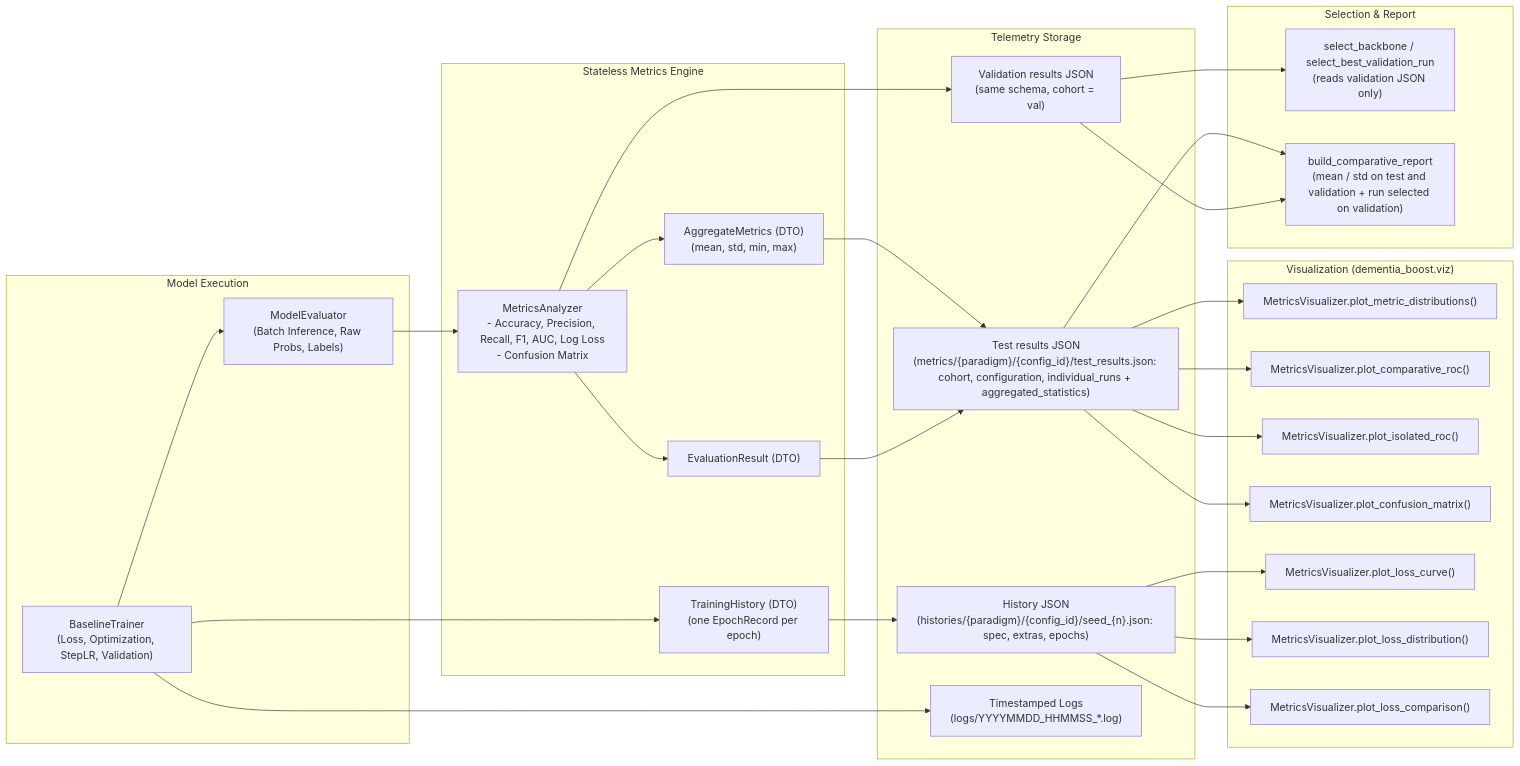
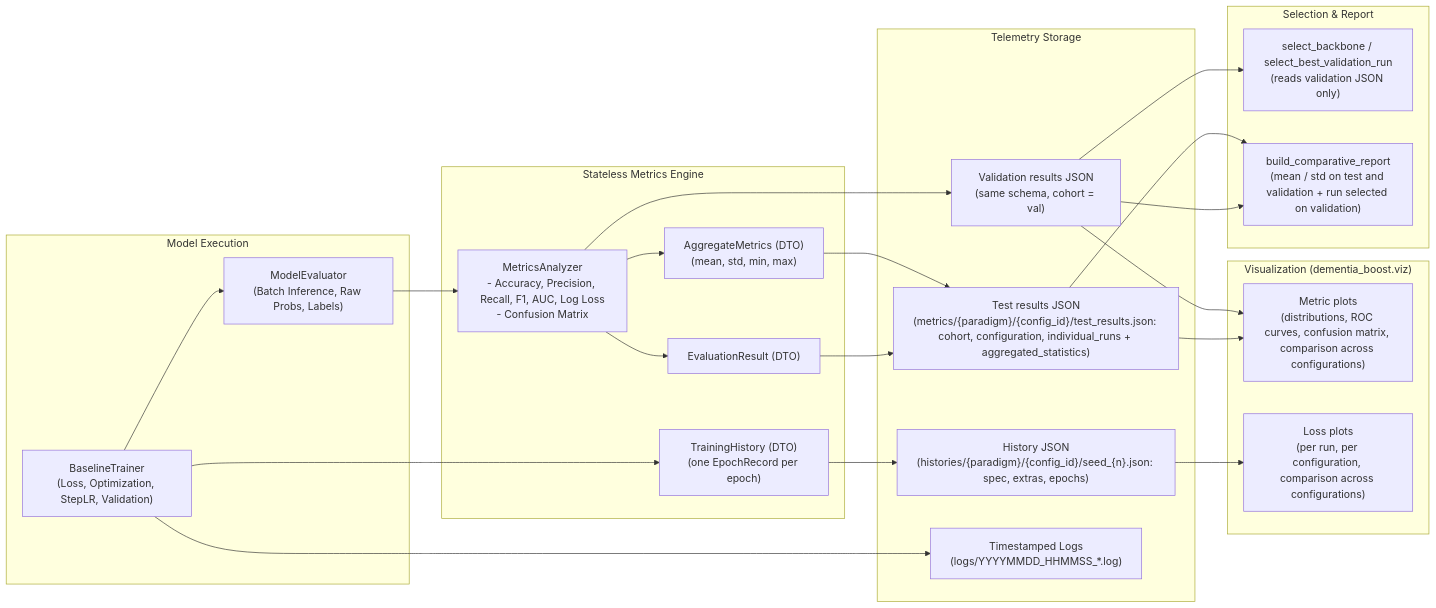
One commit to IC-QML-QTL-Dementia-Detection/dementia-boost changed the sixth of 6 diagrams in docs/architecture.md. Above: the diagram before and after it, drawn with Mermaid. The commit also changed other lines of this file and 8 other files, not shown here.

````diff
--- a/docs/architecture.md
+++ b/docs/architecture.md
@@ -377,54 +332,45 @@
 ```mermaid
 flowchart LR
     subgraph Execution ["Model Execution"]
         TRAINER["BaselineTrainer<br/>(Loss, Optimization, StepLR, Validation)"]
         EVAL["ModelEvaluator<br/>(Batch Inference, Raw Probs, Labels)"]
     end
 
     subgraph MetricsDTO ["Stateless Metrics Engine"]
         ANALYZER["MetricsAnalyzer<br/>- Accuracy, Precision, Recall, F1, AUC, Log Loss<br/>- Confusion Matrix"]
         DTO_INDIV["EvaluationResult (DTO)"]
         DTO_AGGR["AggregateMetrics (DTO)<br/>(mean, std, min, max)"]
         DTO_HIST["TrainingHistory (DTO)<br/>(one EpochRecord per epoch)"]
     end
 
     subgraph Storage ["Telemetry Storage"]
         JSON_STORE["Test results JSON<br/>(metrics/{paradigm}/{config_id}/test_results.json: cohort, configuration, individual_runs + aggregated_statistics)"]
         JSON_VAL["Validation results JSON<br/>(same schema, cohort = val)"]
         JSON_HIST["History JSON<br/>(histories/{paradigm}/{config_id}/seed_{n}.json: spec, extras, epochs)"]
         LOGS["Timestamped Logs<br/>(logs/YYYYMMDD_HHMMSS_*.log)"]
     end
 
     subgraph Selection ["Selection & Report"]
         SELECT["select_backbone / select_best_validation_run<br/>(reads validation JSON only)"]
         REPORT["build_comparative_report<br/>(mean / std on test and validation + run selected on validation)"]
     end
 
     subgraph Visualization ["Visualization (dementia_boost.viz)"]
-        BOXPLOT["MetricsVisualizer.plot_metric_distributions()"]
-        ROC_AGG["MetricsVisualizer.plot_comparative_roc()"]
-        ROC_ISO["MetricsVisualizer.plot_isolated_roc()"]
-        CONF_MAT["MetricsVisualizer.plot_confusion_matrix()"]
-        LOSS_CURVE["MetricsVisualizer.plot_loss_curve()"]
-        LOSS_DIST["MetricsVisualizer.plot_loss_distribution()"]
-        LOSS_CMP["MetricsVisualizer.plot_loss_comparison()"]
+        METRIC_PLOTS["Metric plots<br/>(distributions, ROC curves, confusion matrix, comparison across configurations)"]
+        LOSS_PLOTS["Loss plots<br/>(per run, per configuration, comparison across configurations)"]
     end
 
     TRAINER --> EVAL
     EVAL --> ANALYZER
     ANALYZER --> DTO_INDIV --> JSON_STORE
     ANALYZER --> DTO_AGGR --> JSON_STORE
     ANALYZER --> JSON_VAL
     JSON_VAL --> SELECT
     JSON_VAL --> REPORT
     JSON_STORE --> REPORT
     TRAINER --> LOGS
-    JSON_STORE --> BOXPLOT
-    JSON_STORE --> ROC_AGG
-    JSON_STORE --> ROC_ISO
-    JSON_STORE --> CONF_MAT
+    JSON_STORE --> METRIC_PLOTS
+    JSON_VAL --> METRIC_PLOTS
     TRAINER --> DTO_HIST --> JSON_HIST
-    JSON_HIST --> LOSS_CURVE
-    JSON_HIST --> LOSS_DIST
-    JSON_HIST --> LOSS_CMP
+    JSON_HIST --> LOSS_PLOTS
 ```
````
